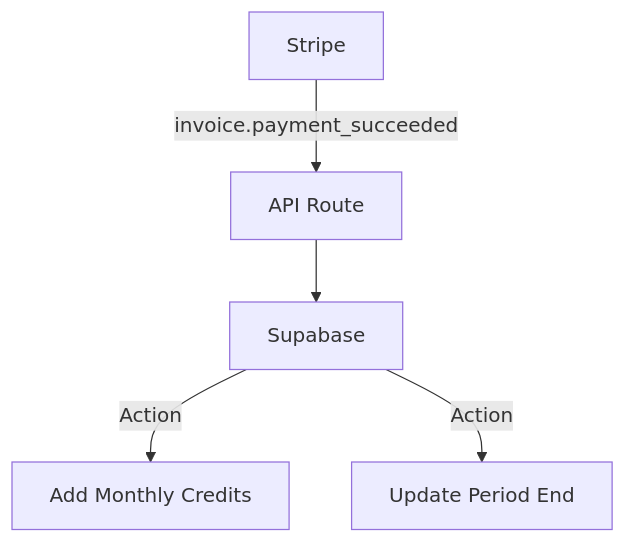
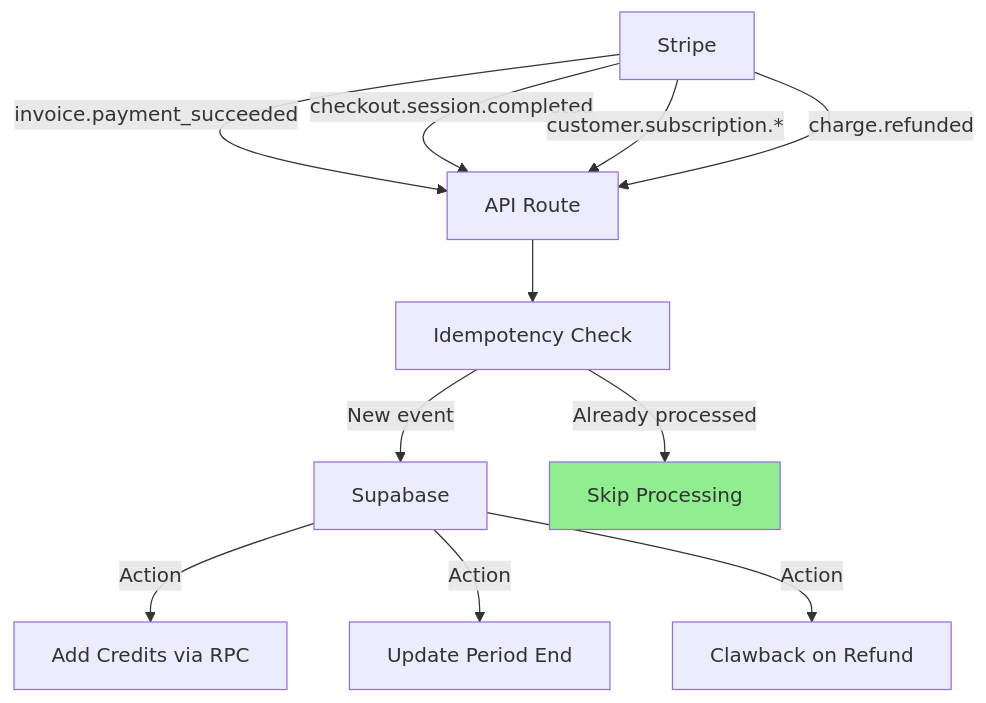
Before and after one commit to ColdstartLabs-ca/astro-saas-boilerplate: the diagram in docs/technical/systems/billing.md, drawn with Mermaid. The commit also changed other lines of this file and 8 other files, not shown here.

````diff
--- a/docs/technical/systems/billing.md
+++ b/docs/technical/systems/billing.md
@@ -40,8 +41,17 @@
 ```mermaid
 flowchart TD
     STRIPE[Stripe] -->|invoice.payment_succeeded| WEBHOOK[API Route]
-    WEBHOOK --> DB[Supabase]
+    STRIPE -->|checkout.session.completed| WEBHOOK
+    STRIPE -->|customer.subscription.*| WEBHOOK
+    STRIPE -->|charge.refunded| WEBHOOK
 
-    DB -->|Action| ADD_CREDITS[Add Monthly Credits]
+    WEBHOOK --> IDEMPOTENCY[Idempotency Check]
+    IDEMPOTENCY -->|New event| DB[Supabase]
+    IDEMPOTENCY -->|Already processed| SKIP[Skip Processing]
+
+    DB -->|Action| ADD_CREDITS[Add Credits via RPC]
     DB -->|Action| EXTEND_SUB[Update Period End]
+    DB -->|Action| CLAWBACK[Clawback on Refund]
+
+    style SKIP fill:#90EE90
 ```
````
